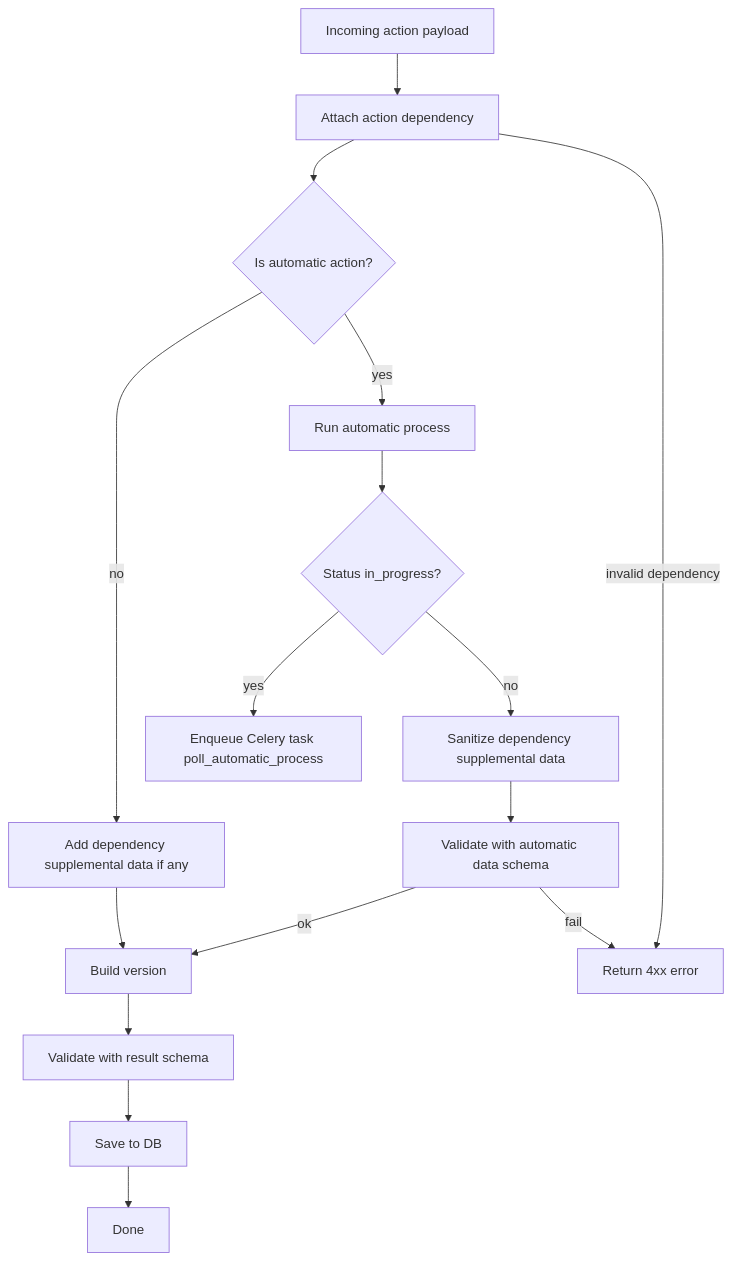
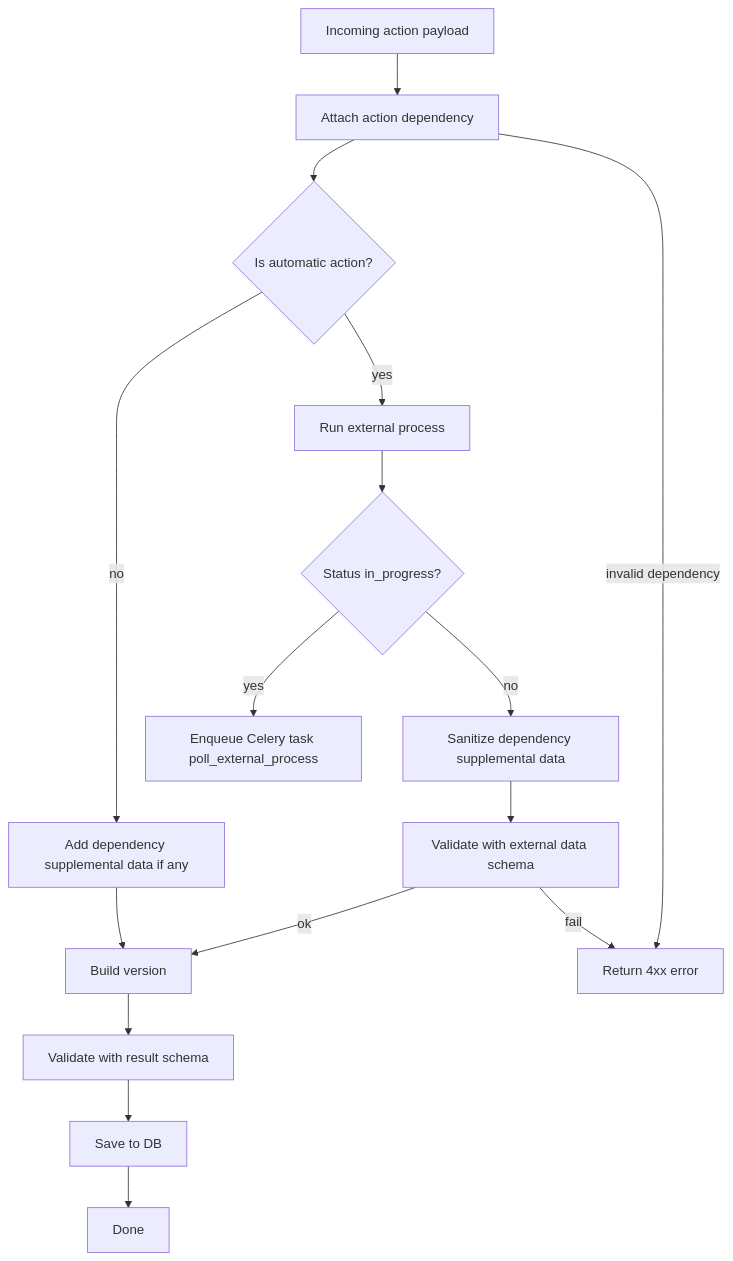
Before and after one commit to kobotoolbox/kpi: the third of 3 diagrams in kobo/apps/subsequences/README.md, drawn with Mermaid. The commit also changed other lines of this file and 4 other files, not shown here.

````diff
--- a/kobo/apps/subsequences/README.md
+++ b/kobo/apps/subsequences/README.md
@@ -231,35 +231,35 @@
 ```mermaid
 flowchart TB
   A[Incoming action payload]
   B[Attach action dependency]
   C{Is automatic action?}
   D[Add dependency supplemental data if any]
   E[Build version]
   F[Validate with result schema]
   G[Save to DB]
   H[Done]
-  I[Run automatic process]
+  I[Run external process]
   J[Sanitize dependency supplemental data]
-  K[Validate with automatic data schema]
-  L[Enqueue Celery task poll_automatic_process]
+  K[Validate with external data schema]
+  L[Enqueue Celery task poll_external_process]
   M[Return 4xx error]
   N{Status in_progress?}
 
   A --> B
   B --> C
   C -->|no| D
   D --> E
   E --> F
   F --> G
   G --> H
 
   C -->|yes| I
   I --> N
   N -->|yes| L
   N -->|no| J
   J --> K
   K -->|fail| M
   K -->|ok| E
 
   B -->|invalid dependency| M
 ```
````
